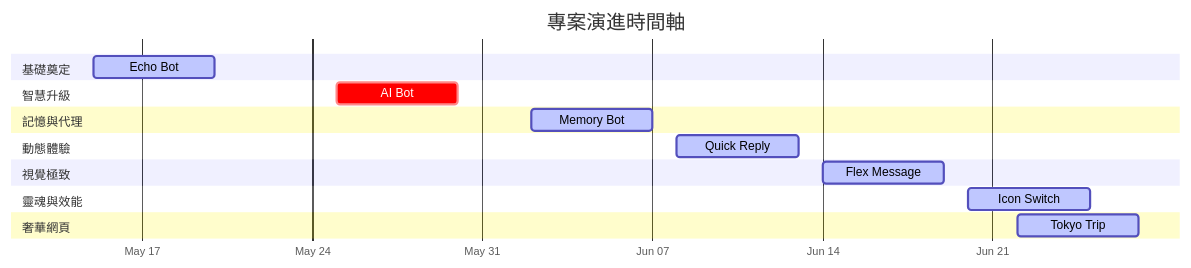
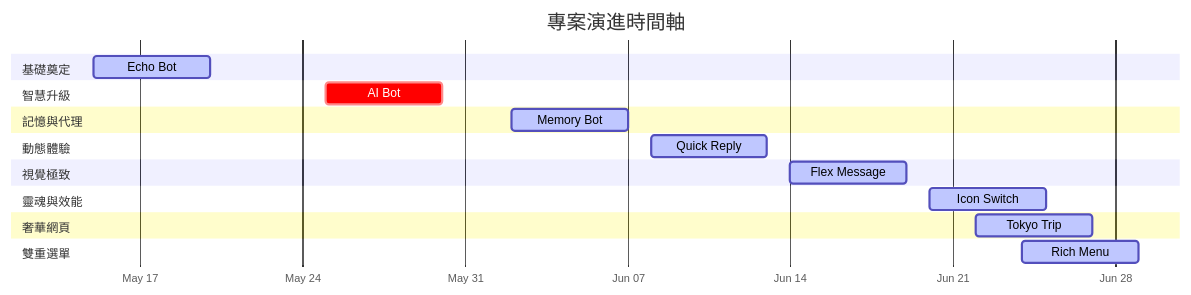
One commit to zonawang/zona-ai-learning-lab changed the diagram in README.md. Above: the diagram before and after it, drawn with Mermaid. The commit also changed other lines of this file, not shown here.

Commit message:
docs: add 8th station LINE Rich Menu Switch Bot to README

````diff
--- a/README.md
+++ b/README.md
@@ -11,27 +11,30 @@
 ```mermaid
 gantt
     title 專案演進時間軸
     dateFormat  YYYY-MM-DD
     axisFormat  %b %d
     
     section 基礎奠定
     Echo Bot :active, p1, 2026-05-15, 5d
     
     section 智慧升級
     AI Bot :crit, p2, 2026-05-25, 5d
     
     section 記憶與代理
     Memory Bot :active, p3, 2026-06-02, 5d
     
     section 動態體驗
     Quick Reply :active, p4, 2026-06-08, 5d
     
     section 視覺極致
     Flex Message :active, p5, 2026-06-14, 5d
     
     section 靈魂與效能
     Icon Switch :active, p6, 2026-06-20, 5d
     
     section 奢華網頁
     Tokyo Trip :active, p7, 2026-06-22, 5d
+    
+    section 雙重選單
+    Rich Menu :active, p8, 2026-06-24, 5d
 ```
````
